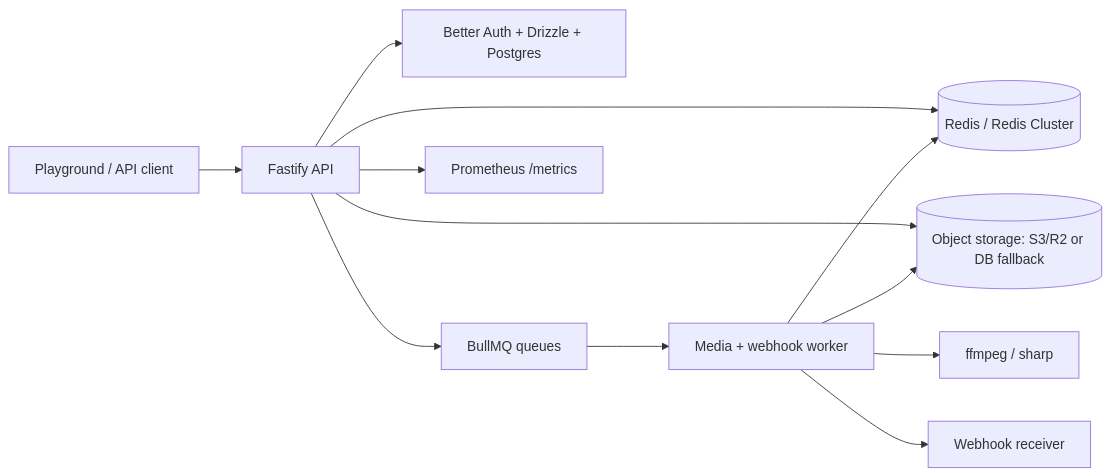
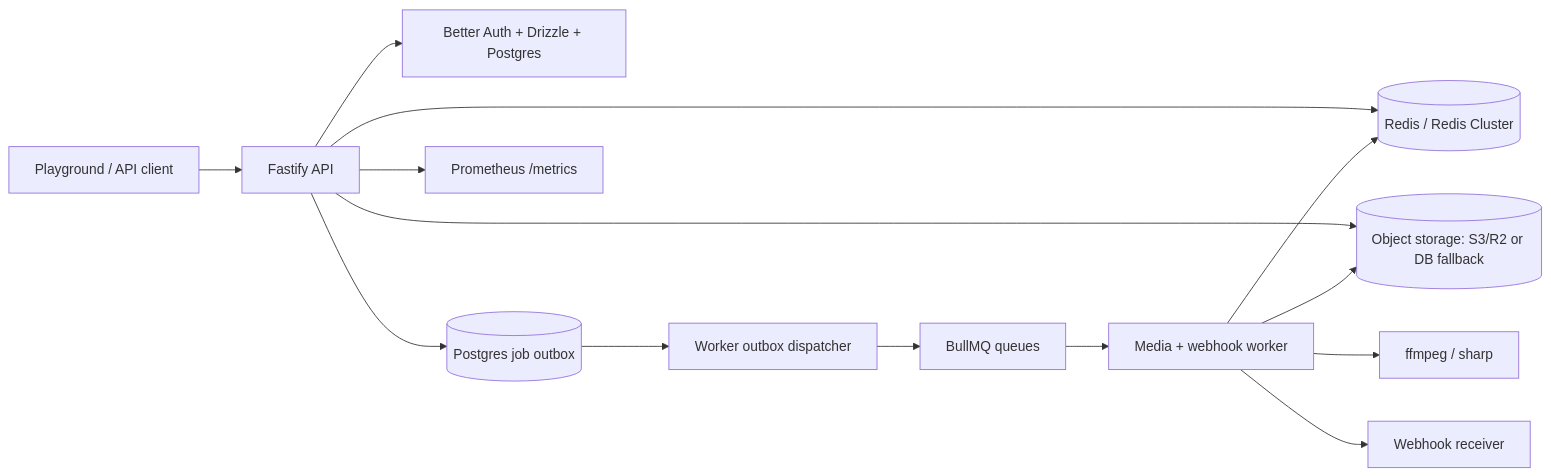
The diagram in README.md (Eshan05/MRL-Media), drawn with Mermaid before and after one commit. The commit also changed other lines of this file and 43 other files, not shown here.

````diff
--- a/README.md
+++ b/README.md
@@ -90,14 +90,16 @@
 ```mermaid
 flowchart LR
   Browser[Playground / API client] --> API[Fastify API]
   API --> Auth[Better Auth + Drizzle + Postgres]
   API --> Redis[(Redis / Redis Cluster)]
   API --> Storage[(Object storage: S3/R2 or DB fallback)]
-  API --> Queue[BullMQ queues]
+  API --> Outbox[(Postgres job outbox)]
+  Outbox --> Dispatcher[Worker outbox dispatcher]
+  Dispatcher --> Queue[BullMQ queues]
   Queue --> Worker[Media + webhook worker]
   Worker --> Redis
   Worker --> Storage
   Worker --> FFmpeg[ffmpeg / sharp]
   Worker --> Webhook[Webhook receiver]
   API --> Metrics[Prometheus /metrics]
 ```
````
